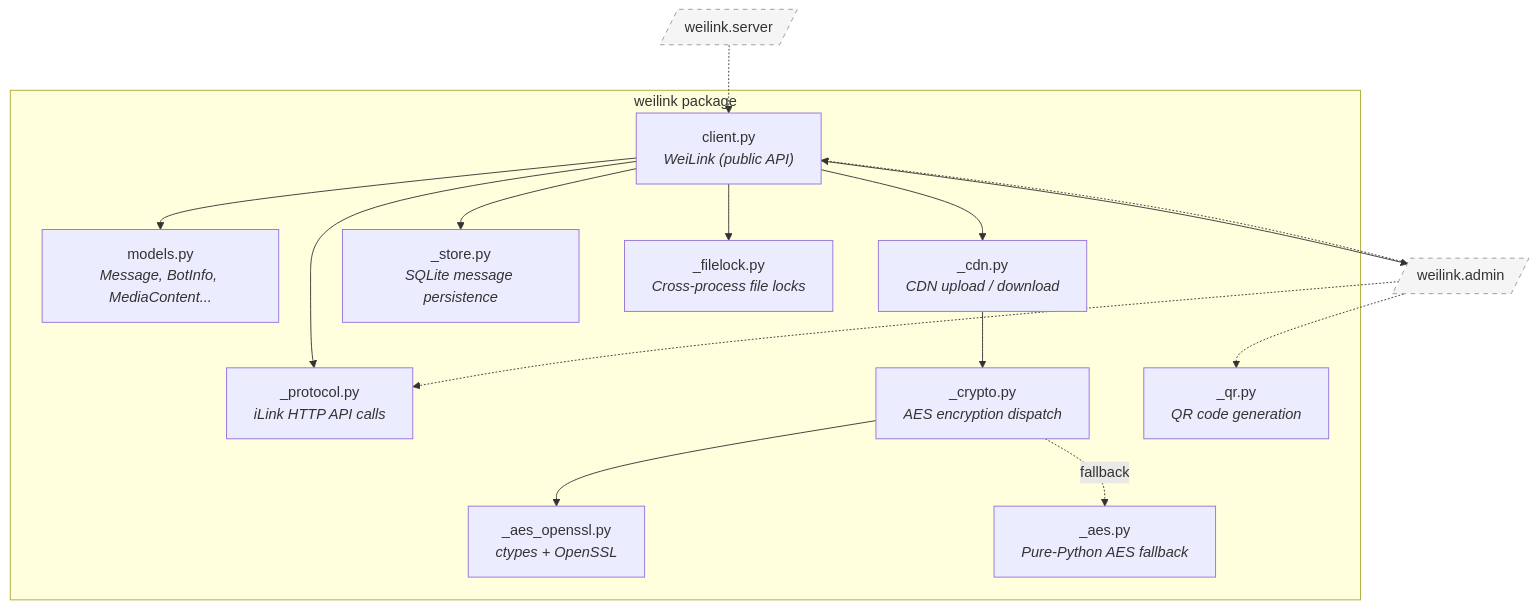
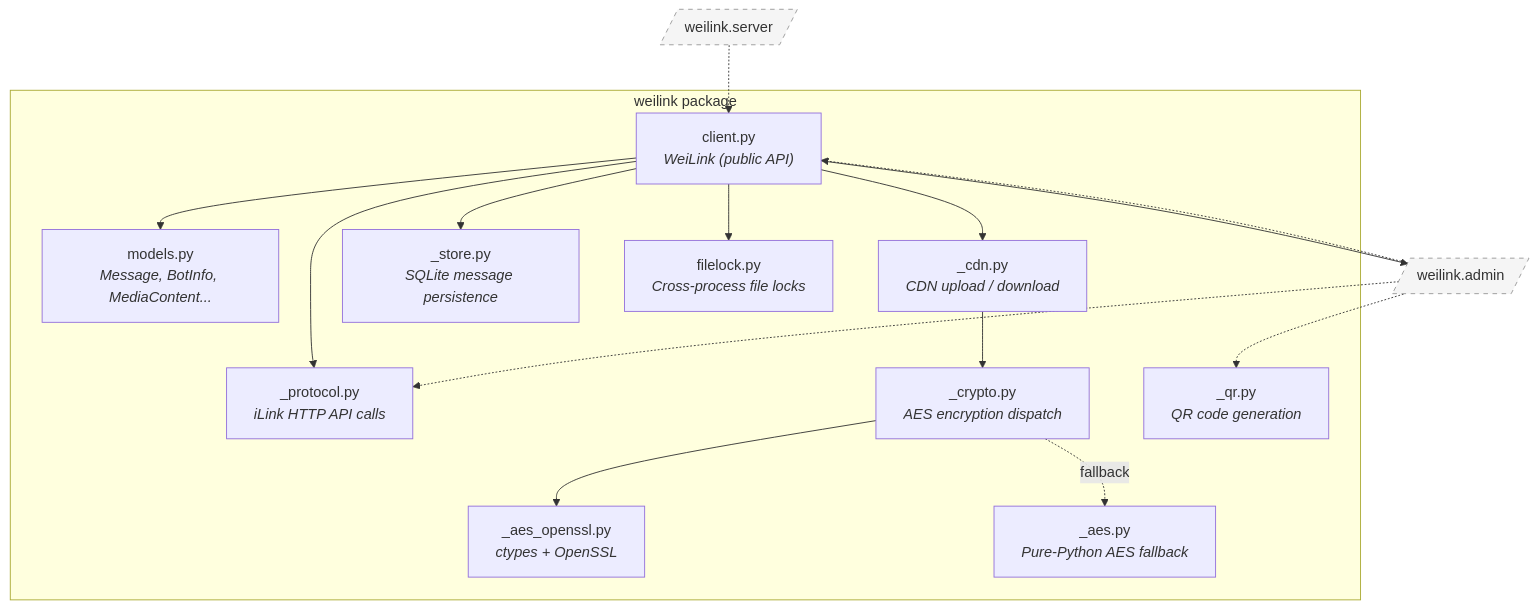
The first of 15 diagrams in docs/architecture.md (Oaklight/weilink), drawn with Mermaid before and after one commit. The commit also changed other lines of this file and 1 other file, not shown here.

Commit message:
docs: update filelock to cross-platform, add v0.5.1 changelog

````diff
--- a/docs/architecture.md
+++ b/docs/architecture.md
@@ -11,35 +11,35 @@
 ```mermaid
 graph TB
     subgraph "weilink package"
         client["client.py<br/><i>WeiLink (public API)</i>"]
         models["models.py<br/><i>Message, BotInfo, MediaContent...</i>"]
         protocol["_protocol.py<br/><i>iLink HTTP API calls</i>"]
         cdn["_cdn.py<br/><i>CDN upload / download</i>"]
         crypto["_crypto.py<br/><i>AES encryption dispatch</i>"]
         aes_ssl["_aes_openssl.py<br/><i>ctypes + OpenSSL</i>"]
         aes_py["_aes.py<br/><i>Pure-Python AES fallback</i>"]
         qr["_qr.py<br/><i>QR code generation</i>"]
         store["_store.py<br/><i>SQLite message persistence</i>"]
-        filelock["_filelock.py<br/><i>Cross-process file locks</i>"]
+        filelock["filelock.py<br/><i>Cross-process file locks</i>"]
     end
 
     client --> protocol
     client --> cdn
     client --> models
     client --> store
     client --> filelock
     cdn --> crypto
     crypto --> aes_ssl
     crypto -.->|fallback| aes_py
 
     admin[/"weilink.admin"/]
     server[/"weilink.server"/]
     client --> admin
     admin -.-> client
     admin -.-> protocol
     admin -.-> qr
     server -.-> client
 
     classDef ext fill:#f5f5f5,stroke:#999,stroke-dasharray:5 5
     class admin,server ext
 ```
````
